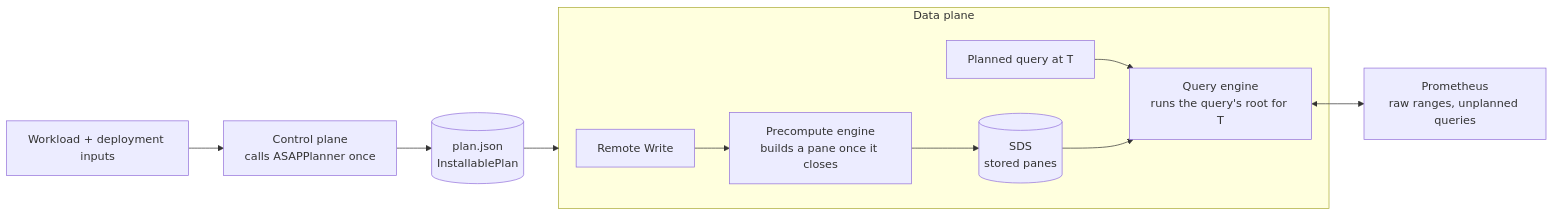
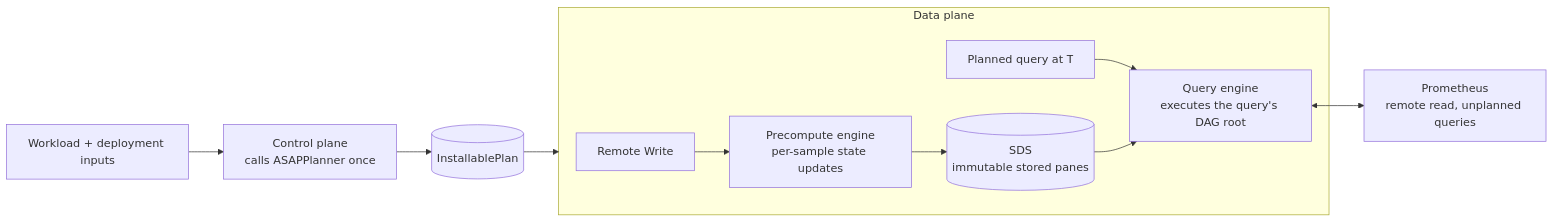
One commit to ProjectASAP/ASAPQuery-backend changed the diagram in docs/design/backend-on-planner-physical-dag.md. Above: the diagram before and after it, drawn with Mermaid. The commit also changed other lines of this file, not shown here.

````diff
--- a/docs/design/backend-on-planner-physical-dag.md
+++ b/docs/design/backend-on-planner-physical-dag.md
@@ -31,13 +11,13 @@
 ```mermaid
 flowchart LR
   W[Workload + deployment inputs] --> CP[Control plane<br/>calls ASAPPlanner once]
-  CP --> P[(plan.json<br/>InstallablePlan)]
+  CP --> P[(InstallablePlan)]
   P --> DP
   subgraph DP[Data plane]
-    RW[Remote Write] --> PE[Precompute engine<br/>builds a pane once it closes]
-    PE --> SDS[(SDS<br/>stored panes)]
-    Q[Planned query at T] --> QE[Query engine<br/>runs the query's root for T]
+    RW[Remote Write] --> PE[Precompute engine<br/>per-sample state updates]
+    PE --> SDS[(SDS<br/>immutable stored panes)]
+    Q[Planned query at T] --> QE[Query engine<br/>executes the query's DAG root]
     SDS --> QE
   end
-  QE <--> PROM[Prometheus<br/>raw ranges, unplanned queries]
+  QE <--> PROM[Prometheus<br/>remote read, unplanned queries]
 ```
````
